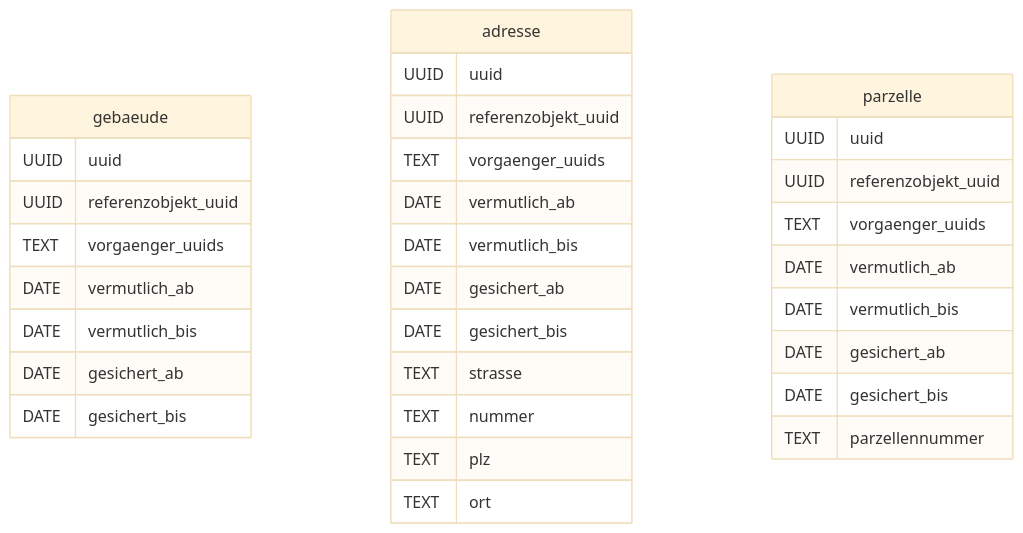
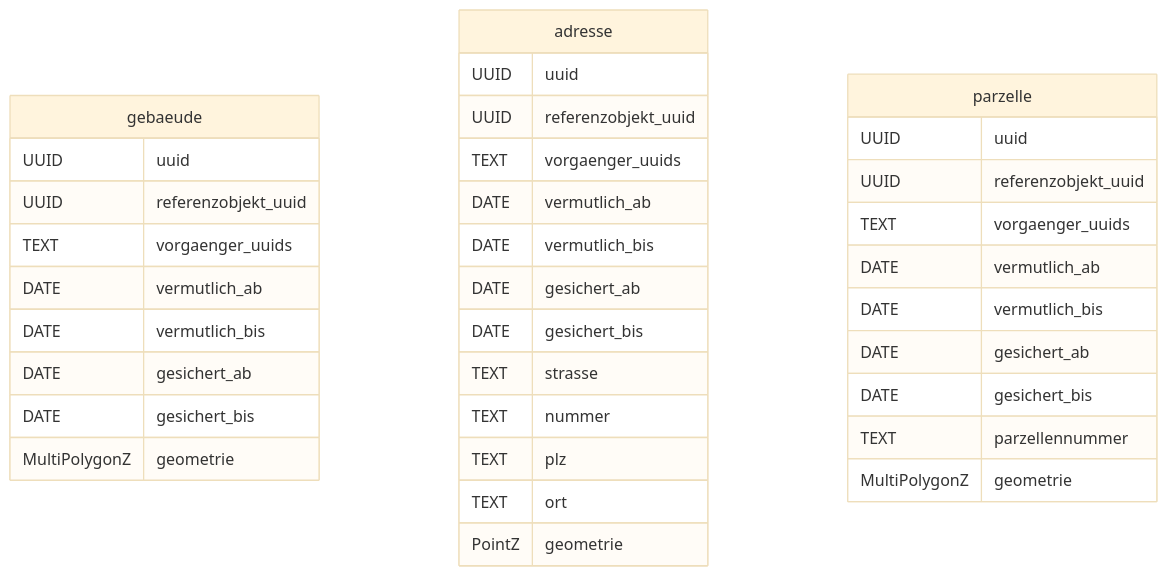
The seventh of 7 diagrams in concept/README.md (opengisch/ch.bs.urkataster), drawn with Mermaid (base theme) before and after one commit.

Commit message:
add missing geometry

````diff
--- a/concept/README.md
+++ b/concept/README.md
@@ -346,39 +346,42 @@
 ```mermaid
 erDiagram
 
     gebaeude {
         UUID uuid
         UUID referenzobjekt_uuid
         TEXT vorgaenger_uuids
         DATE vermutlich_ab
         DATE vermutlich_bis
         DATE gesichert_ab
         DATE gesichert_bis
+        MultiPolygonZ geometrie
     }
 
     adresse {
         UUID uuid
         UUID referenzobjekt_uuid
         TEXT vorgaenger_uuids
         DATE vermutlich_ab
         DATE vermutlich_bis
         DATE gesichert_ab
         DATE gesichert_bis
         TEXT strasse
         TEXT nummer
         TEXT plz
         TEXT ort
+        PointZ geometrie
     }
 
     parzelle {
         UUID uuid
         UUID referenzobjekt_uuid
         TEXT vorgaenger_uuids
         DATE vermutlich_ab
         DATE vermutlich_bis
         DATE gesichert_ab
         DATE gesichert_bis
         TEXT parzellennummer
+        MultiPolygonZ geometrie
     }
 
 ```
````
